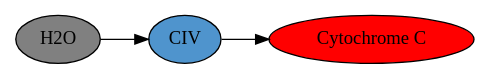
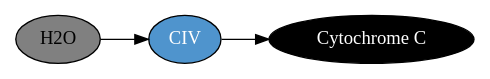
The sixth of 6 diagrams in methods/mito/mito.org (hendersonmpa/study-notes), drawn with Graphviz before and after one commit. The commit also changed other lines of this file and 19 other files, not shown here.

```diff
--- a/methods/mito/mito.org
+++ b/methods/mito/mito.org
@@ -303,14 +312,14 @@
 #+BEGIN_SRC dot :file ./mito/figures/c4.pdf :cmdline -Kdot -Tpdf
   digraph {
            // graph from left to right
            rankdir=LR;
            splines=true;
            node [shape=oval];
-           cytc [label="Cytochrome C", fillcolor=red, style=filled];     
-           c4 [label="CIV", fillcolor=steelblue3, style=filled];     
+           cytc [label="Cytochrome C", fillcolor=black, fontcolor=white, style=filled];     
+           c4 [label="CIV", fillcolor=steelblue3, fontcolor=white, style=filled];     
            h2o [label="H2O", fillcolor=grey, style=filled];     
            c4 -> cytc;
            h2o -> c4;
 
            }    
 #+END_SRC
```
